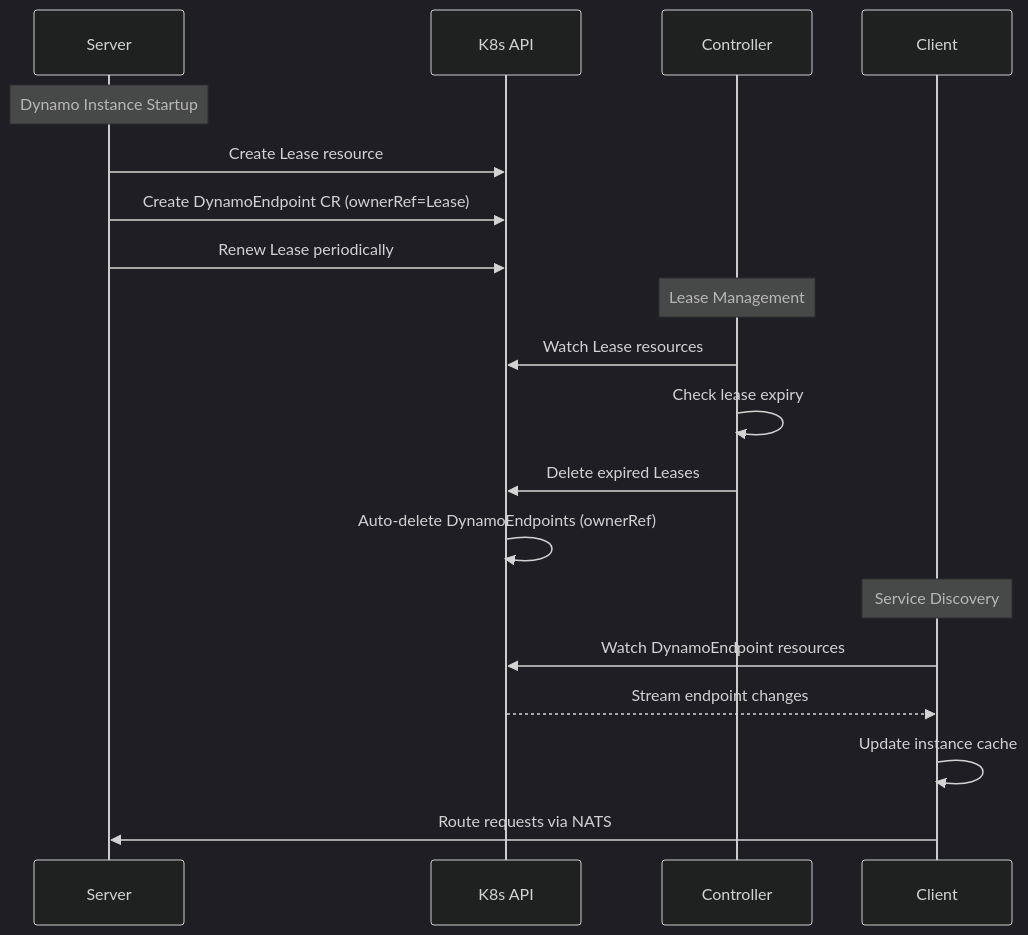
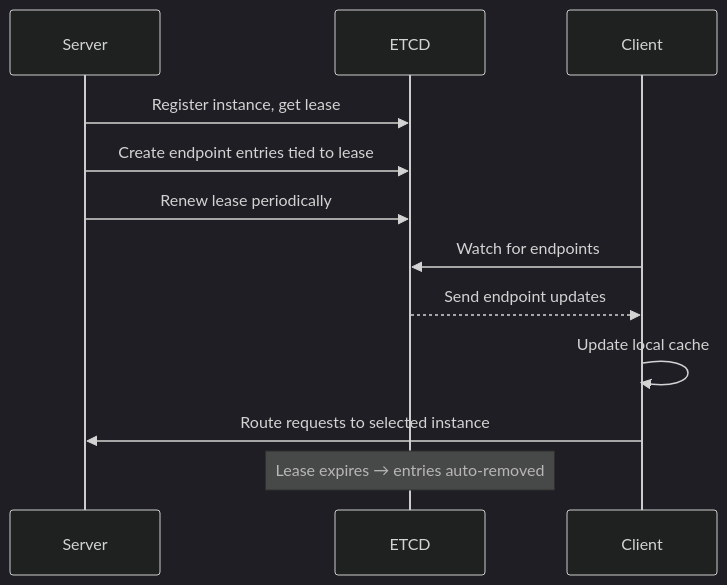
The first of 3 diagrams in deps/etcd-k8s.md (ai-dynamo/enhancements), drawn with Mermaid (dark theme) before and after one commit. The commit also changed other lines of this file, not shown here.

````diff
--- a/deps/etcd-k8s.md
+++ b/deps/etcd-k8s.md
@@ -123,24 +61,17 @@
 ```mermaid
 sequenceDiagram
     participant Server
-    participant K8s API
-    participant Controller
+    participant ETCD
     participant Client
 
-    Note over Server: Dynamo Instance Startup
-    Server->>K8s API: Create Lease resource
-    Server->>K8s API: Create DynamoEndpoint CR (ownerRef=Lease)
-    Server->>K8s API: Renew Lease periodically
+    Server->>ETCD: Register instance, get lease
+    Server->>ETCD: Create endpoint entries tied to lease
+    Server->>ETCD: Renew lease periodically
 
-    Note over Controller: Lease Management
-    Controller->>K8s API: Watch Lease resources
-    Controller->>Controller: Check lease expiry
-    Controller->>K8s API: Delete expired Leases
-    K8s API->>K8s API: Auto-delete DynamoEndpoints (ownerRef)
+    Client->>ETCD: Watch for endpoints
+    ETCD-->>Client: Send endpoint updates
+    Client->>Client: Update local cache
+    Client->>Server: Route requests to selected instance
 
-    Note over Client: Service Discovery
-    Client->>K8s API: Watch DynamoEndpoint resources
-    K8s API-->>Client: Stream endpoint changes
-    Client->>Client: Update instance cache
-    Client->>Server: Route requests via NATS
+    Note over ETCD: Lease expires → entries auto-removed
 ```
````
